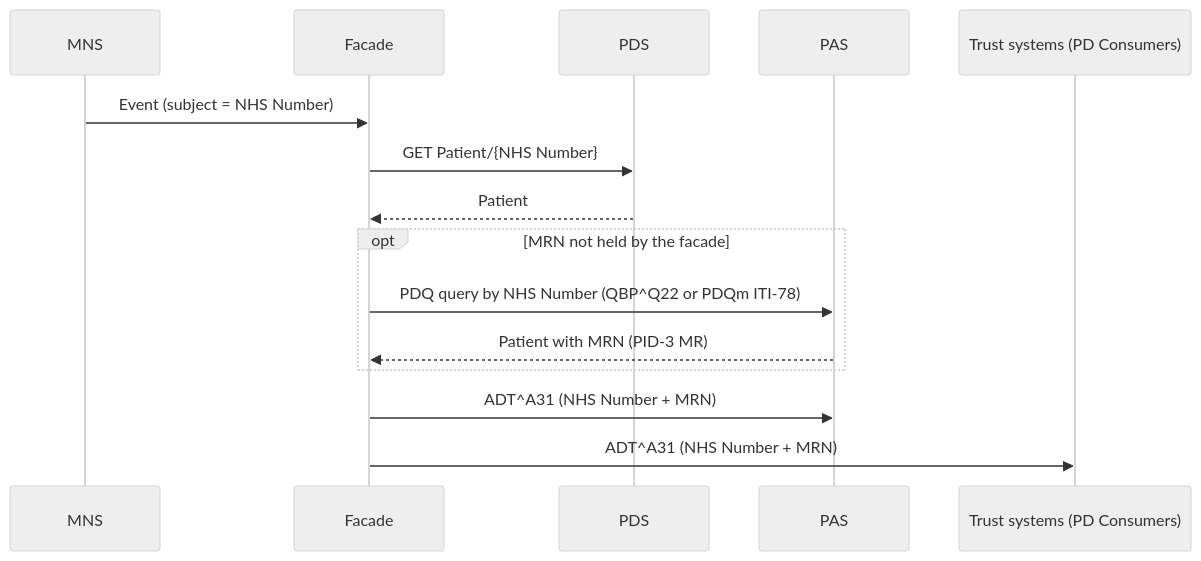
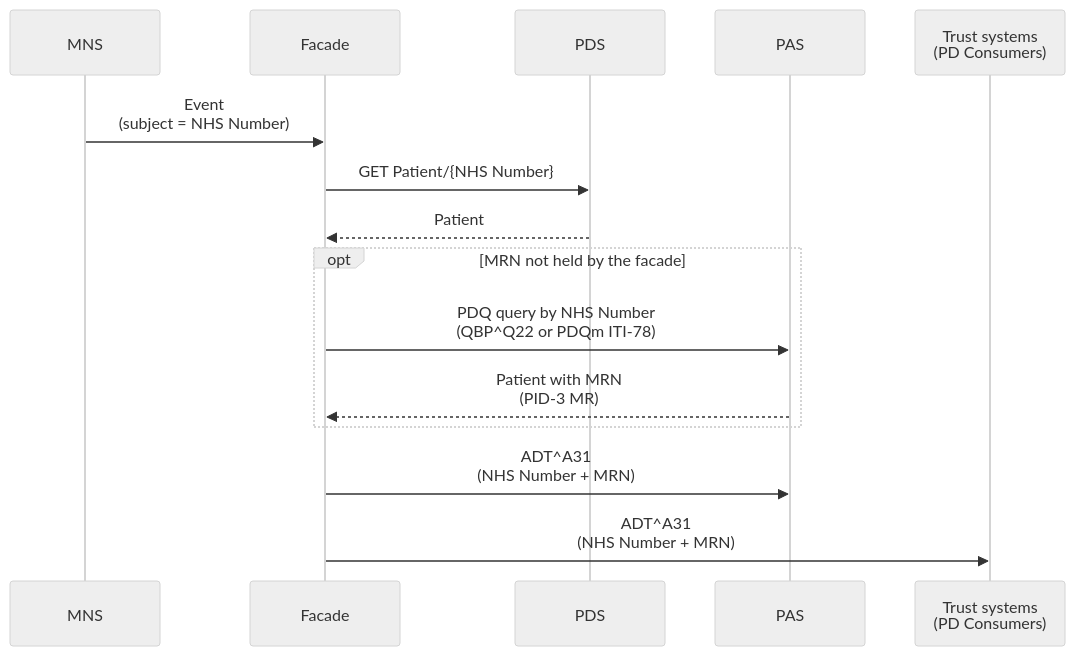
One commit to nw-gmsa/IHEUK-PAM-Unofficial changed the fifth of 5 diagrams in input/pagecontent/nhs-england-apis.md. Above: the diagram before and after it, drawn with Mermaid (neutral theme). The commit also changed other lines of this file and 3 other files, not shown here.

Commit message:
Narrow wide Mermaid diagrams so they stay readable in the 1100px content column

````diff
--- a/input/pagecontent/nhs-england-apis.md
+++ b/input/pagecontent/nhs-england-apis.md
@@ -146,17 +146,17 @@
 ```mermaid
 sequenceDiagram
     participant MNS
     participant F as Facade
     participant PDS
     participant PAS
-    participant C as Trust systems (PD Consumers)
-    MNS->>F: Event (subject = NHS Number)
+    participant C as Trust systems<br/>(PD Consumers)
+    MNS->>F: Event<br/>(subject = NHS Number)
     F->>PDS: GET Patient/{NHS Number}
     PDS-->>F: Patient
     opt MRN not held by the facade
-        F->>PAS: PDQ query by NHS Number (QBP^Q22 or PDQm ITI-78)
-        PAS-->>F: Patient with MRN (PID-3 MR)
+        F->>PAS: PDQ query by NHS Number<br/>(QBP^Q22 or PDQm ITI-78)
+        PAS-->>F: Patient with MRN<br/>(PID-3 MR)
     end
-    F->>PAS: ADT^A31 (NHS Number + MRN)
-    F->>C: ADT^A31 (NHS Number + MRN)
+    F->>PAS: ADT^A31<br/>(NHS Number + MRN)
+    F->>C: ADT^A31<br/>(NHS Number + MRN)
 ```
````
